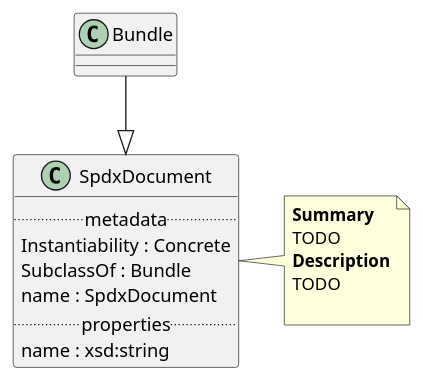
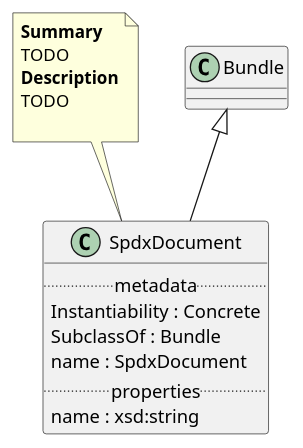
Before and after one commit to maxhbr/spec-parser.hs: the diagram in Classes/SpdxDocument.puml, drawn with PlantUML. The commit also changed 51 other files, not shown here.

```diff
--- a/Classes/SpdxDocument.puml
+++ b/Classes/SpdxDocument.puml
@@ -1,18 +1,18 @@
 @startuml
 class SpdxDocument {
 .. metadata ..
     Instantiability : Concrete
     SubclassOf : Bundle
     name : SpdxDocument
 .. properties ..
     name : xsd:string
 }
-note right of SpdxDocument
+note top of SpdxDocument
 <b>Summary</b>
 TODO
 <b>Description</b>
 TODO
 
 end note
-"Bundle" --|> "SpdxDocument"
+"Bundle" <|-- "SpdxDocument"
 @enduml
```
